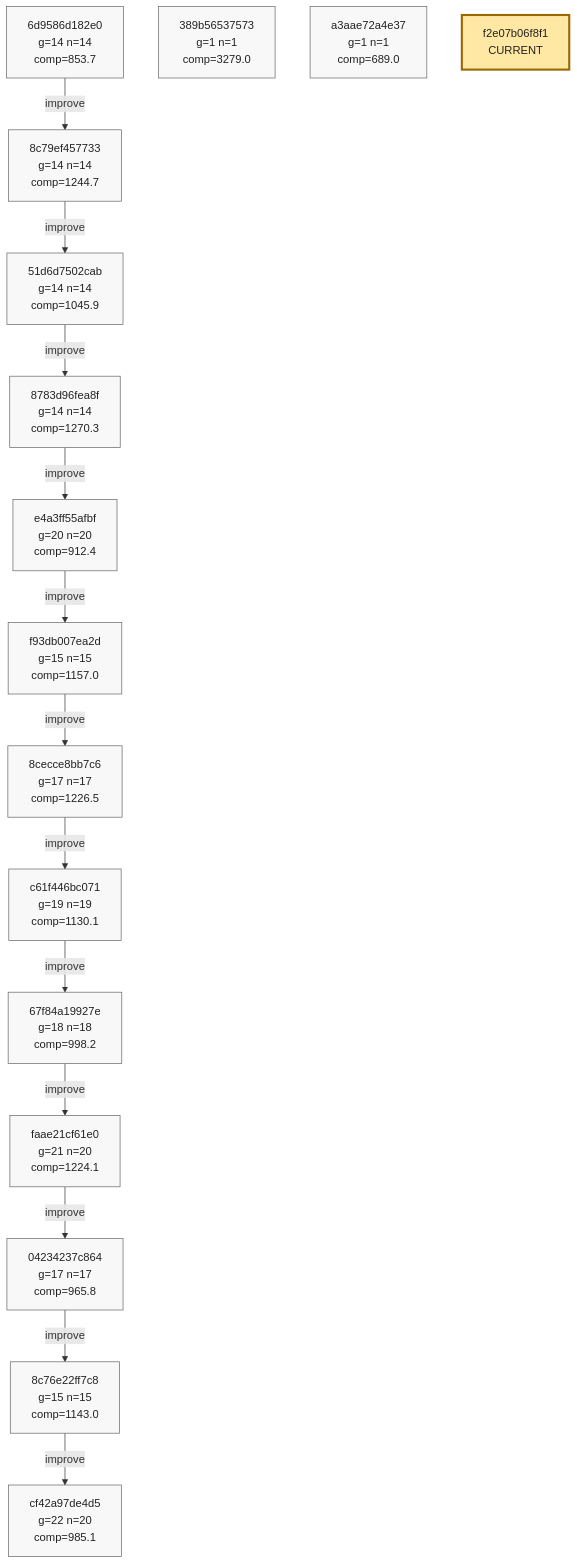
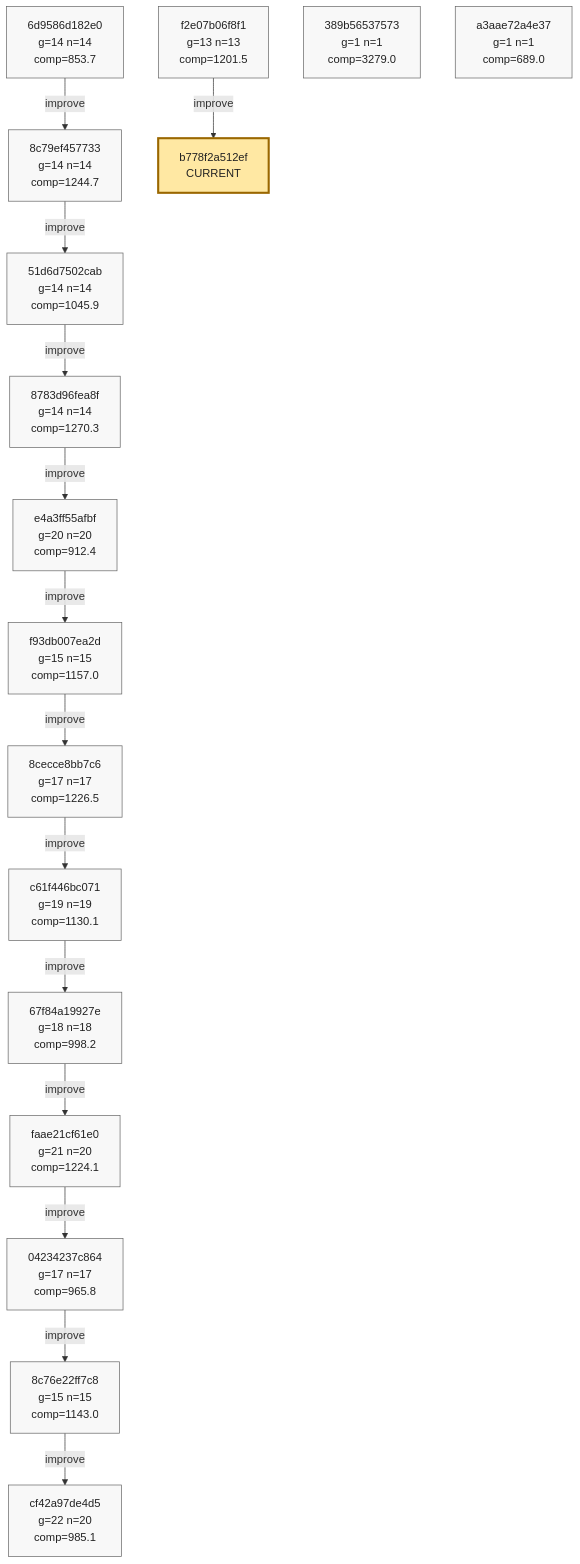
One commit to azumag/soviet_now changed the eighth of 8 diagrams in phyrogenetic-tree.md. Above: the diagram before and after it, drawn with Mermaid. The commit also changed other lines of this file and 2 other files, not shown here.

Commit message:
eloop Improve after 12 games (scores: 1135 1121 1554 1979 1195 1235 1223 1180 2256 1340 1362 322)

````diff
--- a/phyrogenetic-tree.md
+++ b/phyrogenetic-tree.md
@@ -1916,54 +1917,57 @@
 ```mermaid
 flowchart TD
     h_6d9586d182e0["6d9586d182e0<br/>g=14 n=14<br/>comp=853.7"]
     h_8c79ef457733["8c79ef457733<br/>g=14 n=14<br/>comp=1244.7"]
     h_51d6d7502cab["51d6d7502cab<br/>g=14 n=14<br/>comp=1045.9"]
     h_8783d96fea8f["8783d96fea8f<br/>g=14 n=14<br/>comp=1270.3"]
     h_e4a3ff55afbf["e4a3ff55afbf<br/>g=20 n=20<br/>comp=912.4"]
     h_f93db007ea2d["f93db007ea2d<br/>g=15 n=15<br/>comp=1157.0"]
     h_8cecce8bb7c6["8cecce8bb7c6<br/>g=17 n=17<br/>comp=1226.5"]
     h_c61f446bc071["c61f446bc071<br/>g=19 n=19<br/>comp=1130.1"]
     h_67f84a19927e["67f84a19927e<br/>g=18 n=18<br/>comp=998.2"]
     h_faae21cf61e0["faae21cf61e0<br/>g=21 n=20<br/>comp=1224.1"]
     h_04234237c864["04234237c864<br/>g=17 n=17<br/>comp=965.8"]
     h_8c76e22ff7c8["8c76e22ff7c8<br/>g=15 n=15<br/>comp=1143.0"]
     h_cf42a97de4d5["cf42a97de4d5<br/>g=22 n=20<br/>comp=985.1"]
+    h_f2e07b06f8f1["f2e07b06f8f1<br/>g=13 n=13<br/>comp=1201.5"]
     h_389b56537573["389b56537573<br/>g=1 n=1<br/>comp=3279.0"]
     h_a3aae72a4e37["a3aae72a4e37<br/>g=1 n=1<br/>comp=689.0"]
-    h_f2e07b06f8f1["f2e07b06f8f1<br/>CURRENT"]
+    h_b778f2a512ef["b778f2a512ef<br/>CURRENT"]
 
     h_6d9586d182e0 -->|improve| h_8c79ef457733
     h_8c79ef457733 -->|improve| h_51d6d7502cab
     h_51d6d7502cab -->|improve| h_8783d96fea8f
     h_8783d96fea8f -->|improve| h_e4a3ff55afbf
     h_e4a3ff55afbf -->|improve| h_f93db007ea2d
     h_f93db007ea2d -->|improve| h_8cecce8bb7c6
     h_8cecce8bb7c6 -->|improve| h_c61f446bc071
     h_c61f446bc071 -->|improve| h_67f84a19927e
     h_67f84a19927e -->|improve| h_faae21cf61e0
     h_faae21cf61e0 -->|improve| h_04234237c864
     h_04234237c864 -->|improve| h_8c76e22ff7c8
     h_8c76e22ff7c8 -->|improve| h_cf42a97de4d5
+    h_f2e07b06f8f1 -->|improve| h_b778f2a512ef
 
     classDef plain fill:#f8f8f8,stroke:#666,stroke-width:1px,color:#222;
     classDef current fill:#ffe8a3,stroke:#9a6700,stroke-width:3px,color:#222;
     classDef anchor fill:#d7f5dd,stroke:#1f6f43,stroke-width:3px,color:#222;
     classDef current_anchor fill:#f3e4a8,stroke:#1f6f43,stroke-width:4px,color:#222;
 
     class h_6d9586d182e0 plain;
     class h_8c79ef457733 plain;
     class h_51d6d7502cab plain;
     class h_8783d96fea8f plain;
     class h_e4a3ff55afbf plain;
     class h_f93db007ea2d plain;
     class h_8cecce8bb7c6 plain;
     class h_c61f446bc071 plain;
     class h_67f84a19927e plain;
     class h_faae21cf61e0 plain;
     class h_04234237c864 plain;
     class h_8c76e22ff7c8 plain;
     class h_cf42a97de4d5 plain;
+    class h_f2e07b06f8f1 plain;
     class h_389b56537573 plain;
     class h_a3aae72a4e37 plain;
-    class h_f2e07b06f8f1 current;
+    class h_b778f2a512ef current;
 ```
````
